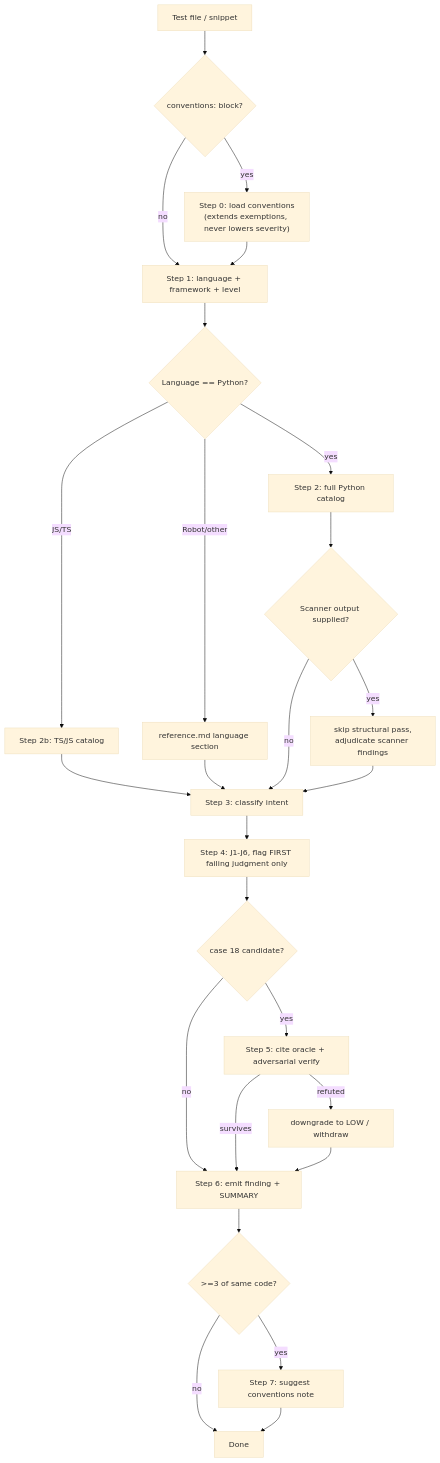
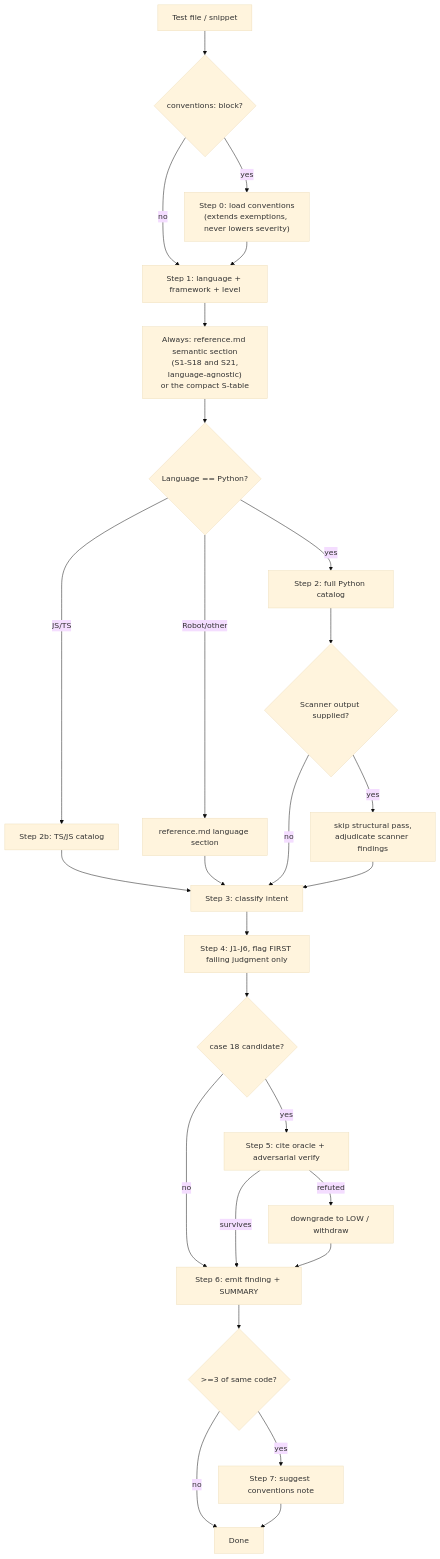
The second of 4 diagrams in docs/architecture.md (vinicq/falsegreen-skill), drawn with Mermaid (base theme) before and after one commit. The commit also changed 22 other files, not shown here.

````diff
--- a/docs/architecture.md
+++ b/docs/architecture.md
@@ -91,28 +91,29 @@
 ```mermaid
 flowchart TD
     A["Test file / snippet"] --> S0{"conventions: block?"}
     S0 -->|yes| S0A["Step 0: load conventions<br/>(extends exemptions, never lowers severity)"]
     S0 -->|no| S1
     S0A --> S1["Step 1: language + framework + level"]
-    S1 --> S2{Language == Python?}
+    S1 --> SEM["Always: reference.md semantic section<br/>(S1-S18 and S21,<br/>language-agnostic)<br/>or the compact S-table"]
+    SEM --> S2{Language == Python?}
     S2 -->|yes| S2A["Step 2: full Python catalog"]
     S2 -->|JS/TS| S2B["Step 2b: TS/JS catalog"]
     S2 -->|Robot/other| S2C["reference.md language section"]
     S2A --> PRE{Scanner output supplied?}
     S2B --> S3
     S2C --> S3
     PRE -->|yes| SKIP["skip structural pass,<br/>adjudicate scanner findings"]
     PRE -->|no| S3
     SKIP --> S3["Step 3: classify intent"]
     S3 --> S4["Step 4: J1-J6, flag FIRST failing judgment only"]
     S4 --> C18{case 18 candidate?}
     C18 -->|yes| S5["Step 5: cite oracle + adversarial verify"]
     C18 -->|no| S6
     S5 -->|survives| S6["Step 6: emit finding + SUMMARY"]
     S5 -->|refuted| DROP["downgrade to LOW / withdraw"]
     S6 --> S7{">=3 of same code?"}
     S7 -->|yes| S7A["Step 7: suggest conventions note"]
     S7 -->|no| END["Done"]
     S7A --> END
     DROP --> S6
 ```
````
